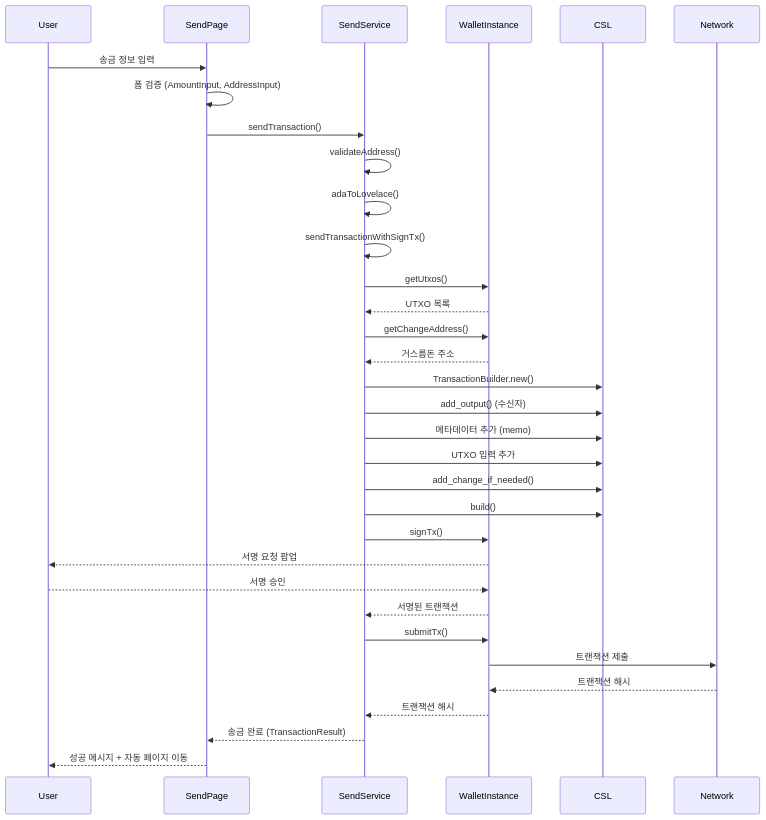
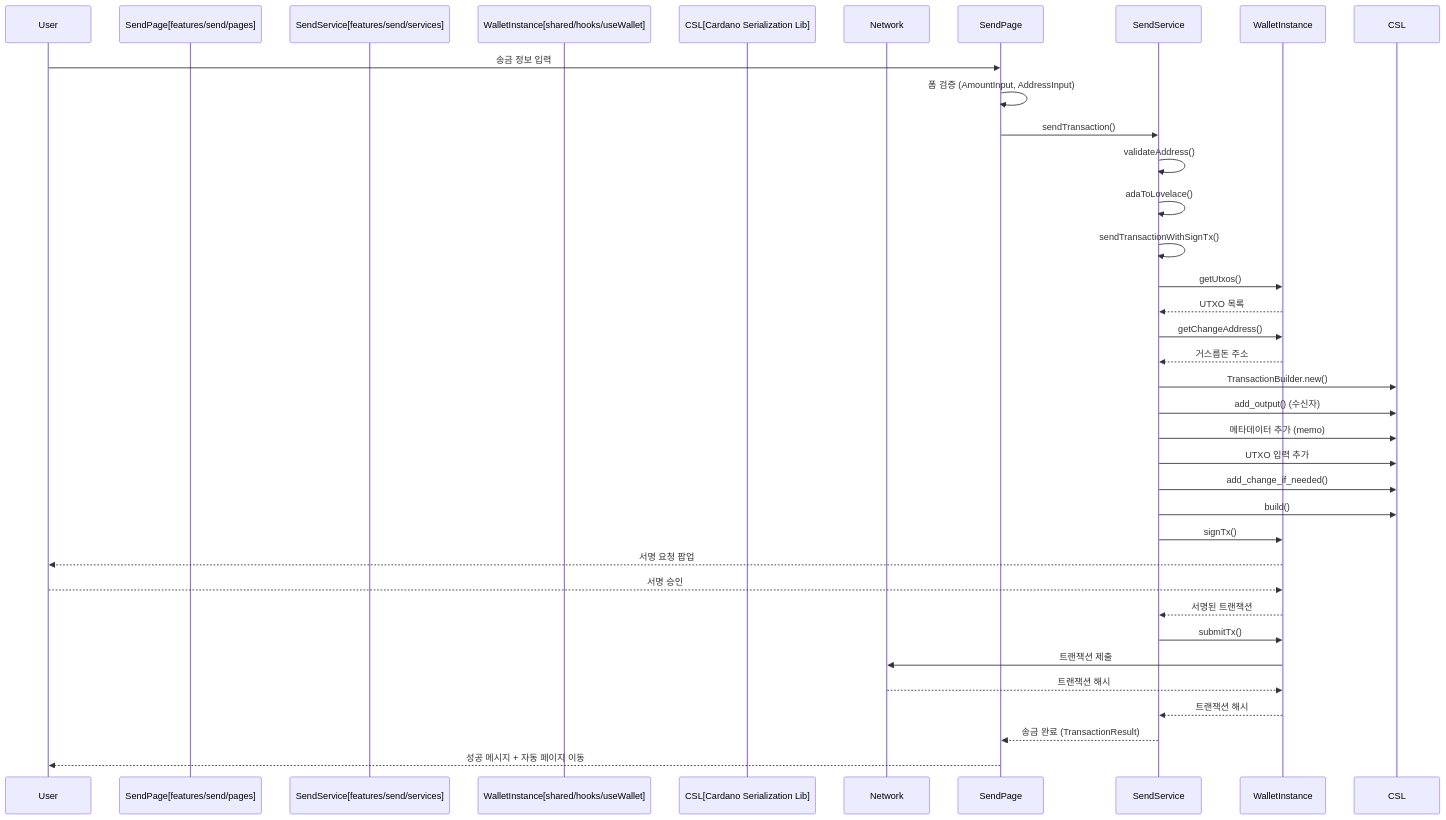
Before and after one commit to HyeonHo-Park/cardano-basic-dapp-1: the first of 6 diagrams in docs/send-sequence.md, drawn with Mermaid. The commit also changed other lines of this file and 6 other files, not shown here.

````diff
--- a/docs/send-sequence.md
+++ b/docs/send-sequence.md
@@ -5,43 +5,43 @@
 ```mermaid
 sequenceDiagram
     participant User
-    participant SendPage
-    participant SendService
-    participant WalletInstance
-    participant CSL
+    participant SendPage[features/send/pages]
+    participant SendService[features/send/services]
+    participant WalletInstance[shared/hooks/useWallet]
+    participant CSL[Cardano Serialization Lib]
     participant Network
 
     User->>SendPage: 송금 정보 입력
     SendPage->>SendPage: 폼 검증 (AmountInput, AddressInput)
     SendPage->>SendService: sendTransaction()
 
     SendService->>SendService: validateAddress()
     SendService->>SendService: adaToLovelace()
     SendService->>SendService: sendTransactionWithSignTx()
 
     SendService->>WalletInstance: getUtxos()
     WalletInstance-->>SendService: UTXO 목록
 
     SendService->>WalletInstance: getChangeAddress()
     WalletInstance-->>SendService: 거스름돈 주소
 
     SendService->>CSL: TransactionBuilder.new()
     SendService->>CSL: add_output() (수신자)
     SendService->>CSL: 메타데이터 추가 (memo)
     SendService->>CSL: UTXO 입력 추가
     SendService->>CSL: add_change_if_needed()
     SendService->>CSL: build()
 
     SendService->>WalletInstance: signTx()
     WalletInstance-->>User: 서명 요청 팝업
     User-->>WalletInstance: 서명 승인
     WalletInstance-->>SendService: 서명된 트랜잭션
 
     SendService->>WalletInstance: submitTx()
     WalletInstance->>Network: 트랜잭션 제출
     Network-->>WalletInstance: 트랜잭션 해시
     WalletInstance-->>SendService: 트랜잭션 해시
 
     SendService-->>SendPage: 송금 완료 (TransactionResult)
     SendPage-->>User: 성공 메시지 + 자동 페이지 이동
 ```
````
